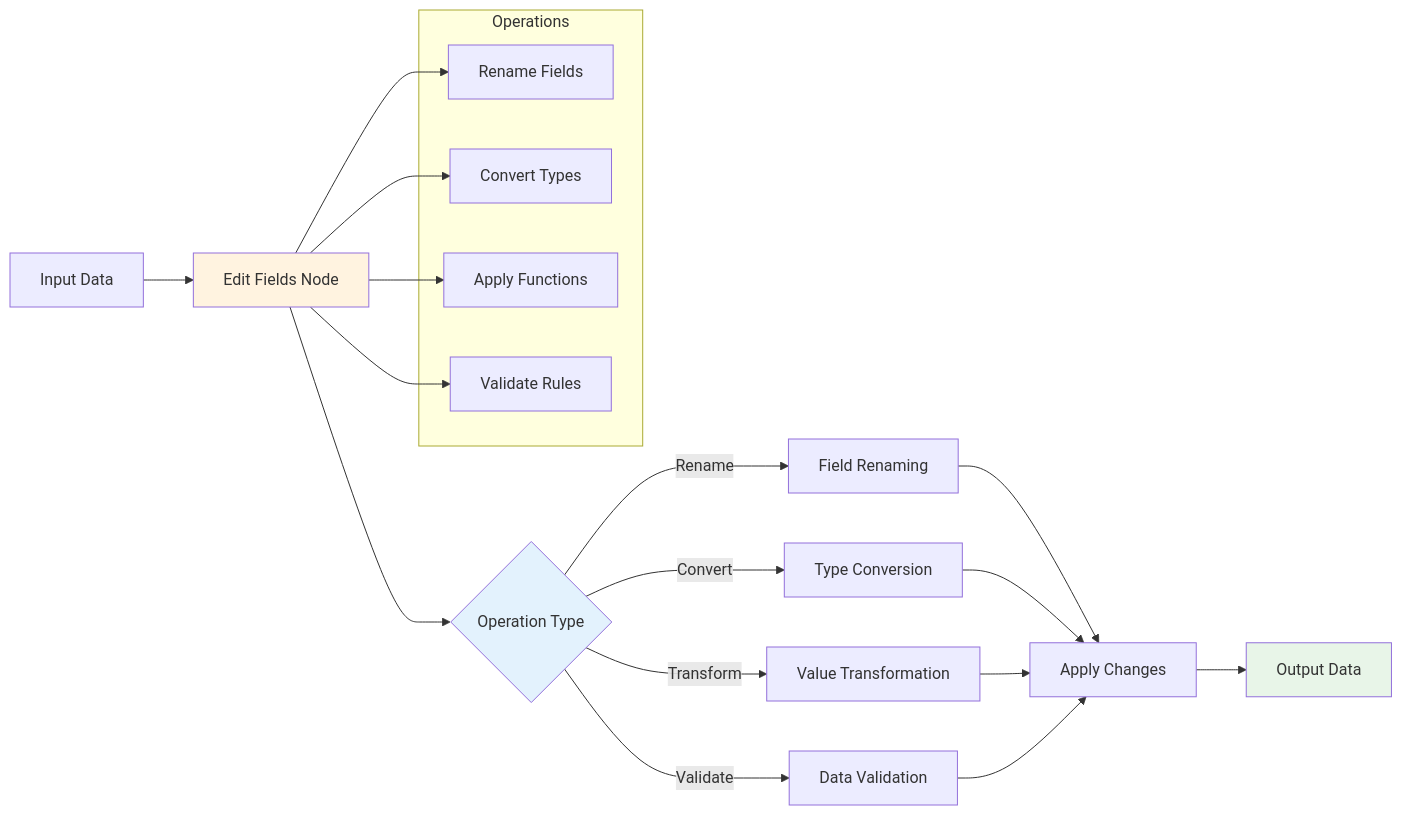
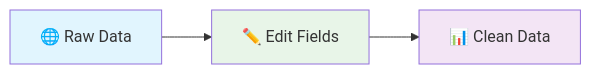
The diagram in src/content/docs/integrations/builtin/dataTransformation/EditFields.md (agentic-com/Agentic-Flow-Doc), drawn with Mermaid before and after one commit. The commit also changed other lines of this file and 32 other files, not shown here.

````diff
--- a/src/content/docs/integrations/builtin/dataTransformation/EditFields.md
+++ b/src/content/docs/integrations/builtin/dataTransformation/EditFields.md
@@ -31,33 +21,9 @@
 ```mermaid
-flowchart LR
-    A[Input Data] --> B[Edit Fields Node]
-    B --> C{Operation Type}
+graph LR
+    A[🌐 Raw Data] --> B[✏️ Edit Fields]
+    B --> C[📊 Clean Data]
     
-    C -->|Rename| D[Field Renaming]
-    C -->|Convert| E[Type Conversion]
-    C -->|Transform| F[Value Transformation]
-    C -->|Validate| G[Data Validation]
-    
-    D --> H[Apply Changes]
-    E --> H
-    F --> H
-    G --> H
-    
-    H --> I[Output Data]
-    
-    subgraph "Operations"
-        J[Rename Fields]
-        K[Convert Types]
-        L[Apply Functions]
-        M[Validate Rules]
-    end
-    
-    B --> J
-    B --> K
-    B --> L
-    B --> M
-    
-    style B fill:#fff3e0
-    style C fill:#e3f2fd
-    style I fill:#e8f5e8
+    style A fill:#e1f5fe
+    style B fill:#e8f5e8
+    style C fill:#f3e5f5
 ```
````
